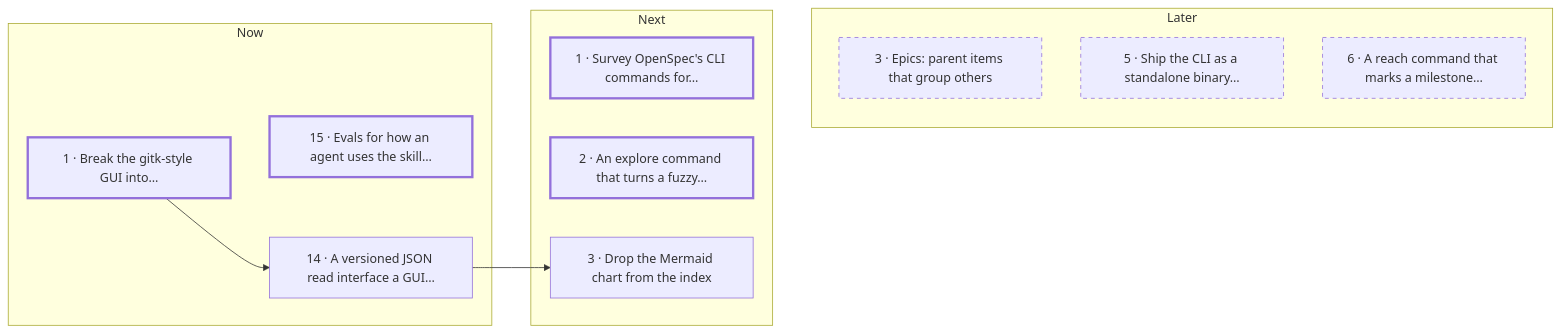
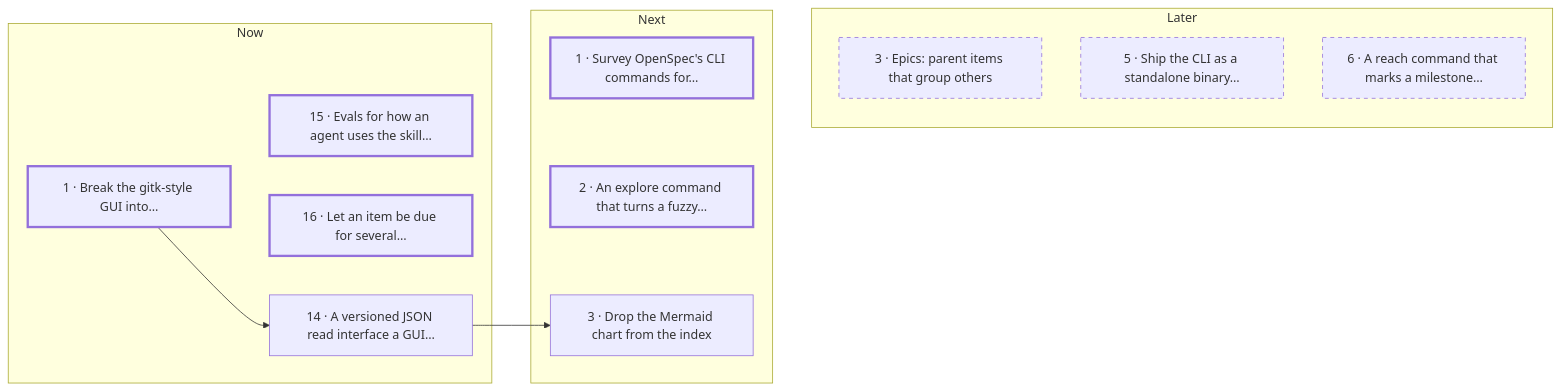
Before and after one commit to carby/simple-agentic-roadmap-skill: the diagram in roadmap/README.md, drawn with Mermaid. The commit also changed other lines of this file and 1 other file, not shown here.

Commit message:
docs(roadmap): file multi-milestone

````diff
--- a/roadmap/README.md
+++ b/roadmap/README.md
@@ -42,25 +42,26 @@
 ```mermaid
 flowchart LR
   subgraph b_now ["Now"]
     i_gui_breakdown["1 · Break the gitk-style GUI into…"]
     i_gui_read_interface["14 · A versioned JSON read interface a GUI…"]
     i_agent_behaviour_evals["15 · Evals for how an agent uses the skill…"]
+    i_multi_milestone["16 · Let an item be due for several…"]
   end
   subgraph b_next ["Next"]
     i_openspec_command_parity["1 · Survey OpenSpec's CLI commands for…"]
     i_explore_command["2 · An explore command that turns a fuzzy…"]
     i_drop_mermaid["3 · Drop the Mermaid chart from the index"]
   end
   subgraph b_later ["Later"]
     i_epics["3 · Epics: parent items that group others"]
     i_standalone_binary["5 · Ship the CLI as a standalone binary…"]
     i_reach_command["6 · A reach command that marks a milestone…"]
   end
   b_now ~~~ b_next ~~~ b_later
   i_gui_breakdown --> i_gui_read_interface
   i_gui_read_interface --> i_drop_mermaid
   classDef ready stroke-width: 3px
-  class i_gui_breakdown,i_agent_behaviour_evals,i_openspec_command_parity,i_explore_command ready
+  class i_gui_breakdown,i_agent_behaviour_evals,i_multi_milestone,i_openspec_command_parity,i_explore_command ready
   classDef later stroke-dasharray: 5 5
   class i_epics,i_standalone_binary,i_reach_command later
 ```
````
